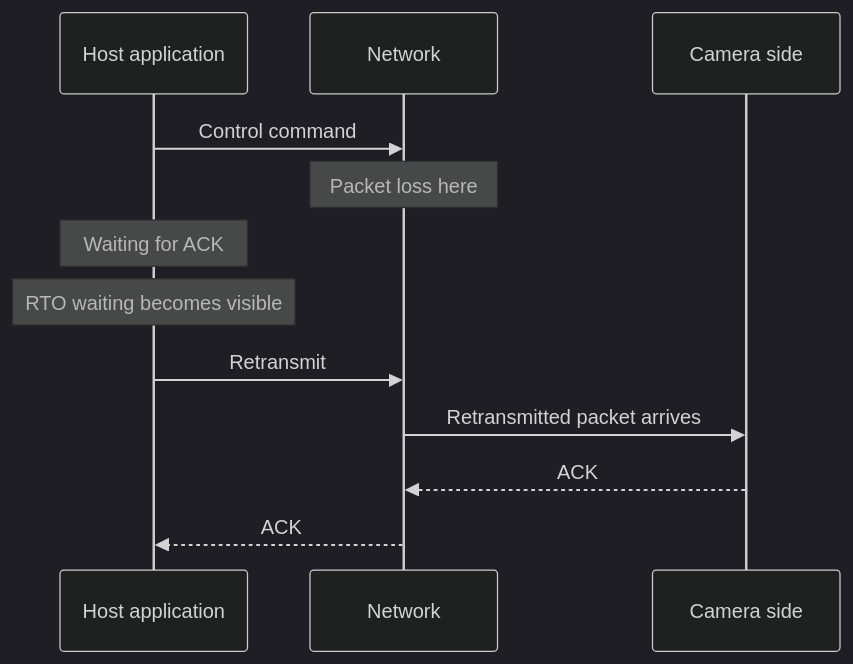
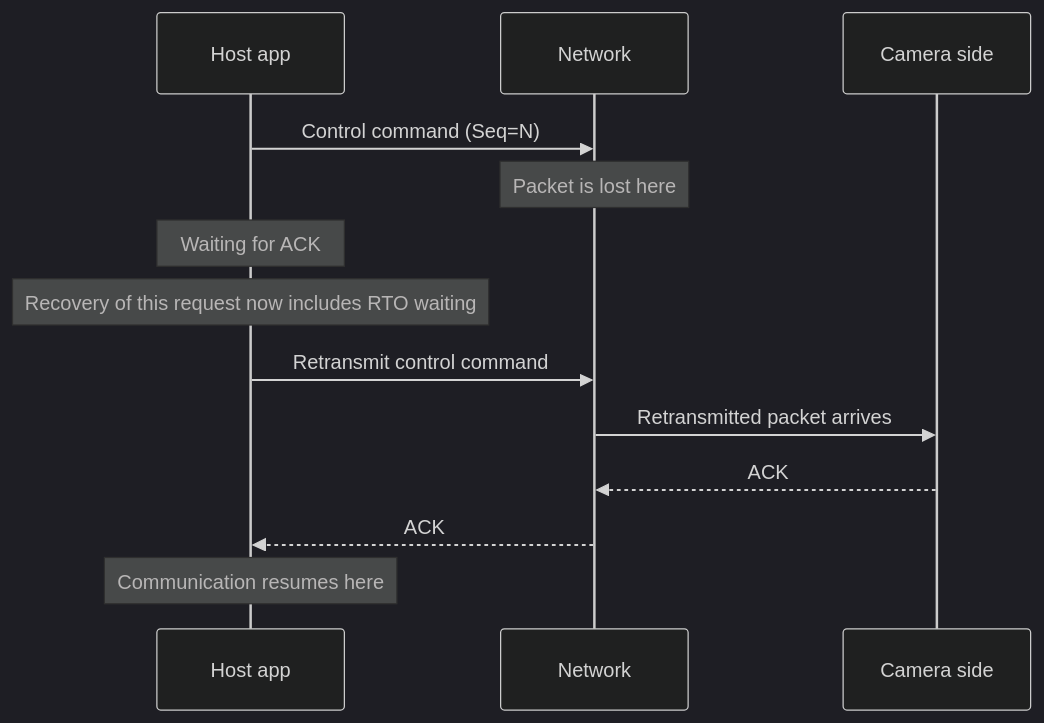
One commit to gomurin0428/KomuraSoftWeb changed the first of 4 diagrams in _posts/2026-03-11-001-tcp-retransmission-rfc1323-industrial-camera-en.md. Above: the diagram before and after it, drawn with Mermaid (dark theme). The commit also changed other lines of this file and 3 other files, not shown here.

````diff
--- a/_posts/2026-03-11-001-tcp-retransmission-rfc1323-industrial-camera-en.md
+++ b/_posts/2026-03-11-001-tcp-retransmission-rfc1323-industrial-camera-en.md
@@ -49,15 +102,16 @@
 ```mermaid
 sequenceDiagram
-    participant Host as Host application
+    participant Host as Host app
     participant Net as Network
     participant Cam as Camera side
 
-    Host->>Net: Control command
-    Note over Net: Packet loss here
+    Host->>Net: Control command (Seq=N)
+    Note over Net: Packet is lost here
     Note over Host: Waiting for ACK
-    Note over Host: RTO waiting becomes visible
-    Host->>Net: Retransmit
+    Note over Host: Recovery of this request now includes RTO waiting
+    Host->>Net: Retransmit control command
     Net->>Cam: Retransmitted packet arrives
     Cam-->>Net: ACK
     Net-->>Host: ACK
+    Note over Host: Communication resumes here
 ```
````
